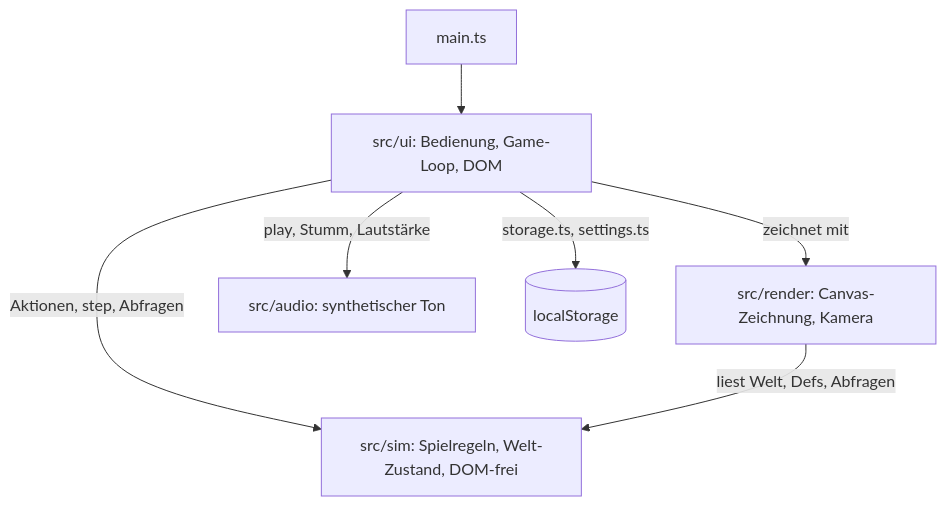
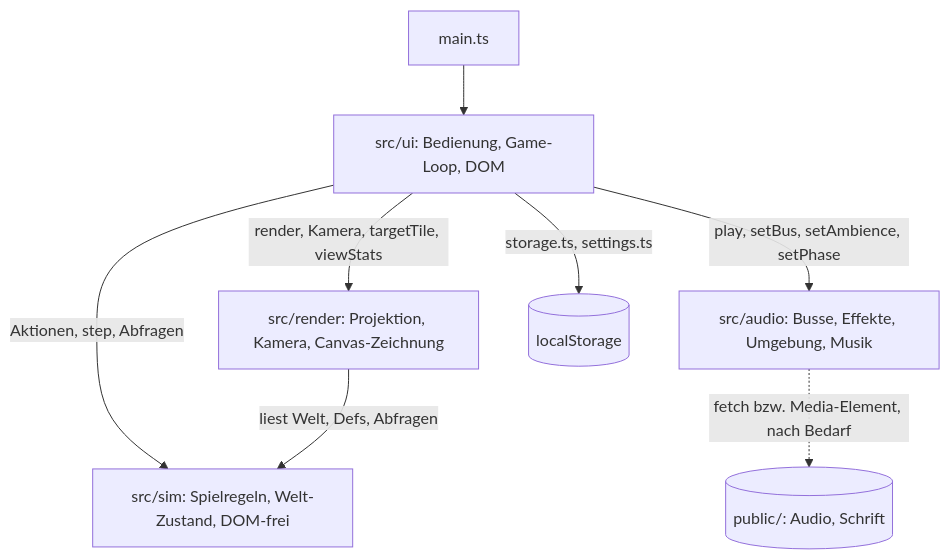
One commit to konstantinniedermann/Inselreich changed the second of 8 diagrams in docs/arc42.md. Above: the diagram before and after it, drawn with Mermaid. The commit also changed other lines of this file and 2 other files, not shown here.

````diff
--- a/docs/arc42.md
+++ b/docs/arc42.md
@@ -98,15 +117,17 @@
 ```mermaid
 flowchart TB
   Main["main.ts"]
   UI["src/ui: Bedienung, Game-Loop, DOM"]
-  Render["src/render: Canvas-Zeichnung, Kamera"]
+  Render["src/render: Projektion, Kamera, Canvas-Zeichnung"]
   Sim["src/sim: Spielregeln, Welt-Zustand, DOM-frei"]
-  Audio["src/audio: synthetischer Ton"]
+  Audio["src/audio: Busse, Effekte, Umgebung, Musik"]
   LS[("localStorage")]
+  Pub[("public/: Audio, Schrift")]
   Main --> UI
-  UI -->|"zeichnet mit"| Render
+  UI -->|"render, Kamera, targetTile, viewStats"| Render
   UI -->|"Aktionen, step, Abfragen"| Sim
-  UI -->|"play, Stumm, Lautstärke"| Audio
+  UI -->|"play, setBus, setAmbience, setPhase"| Audio
   Render -->|"liest Welt, Defs, Abfragen"| Sim
   UI -->|"storage.ts, settings.ts"| LS
+  Audio -.->|"fetch bzw. Media-Element, nach Bedarf"| Pub
 ```
````
